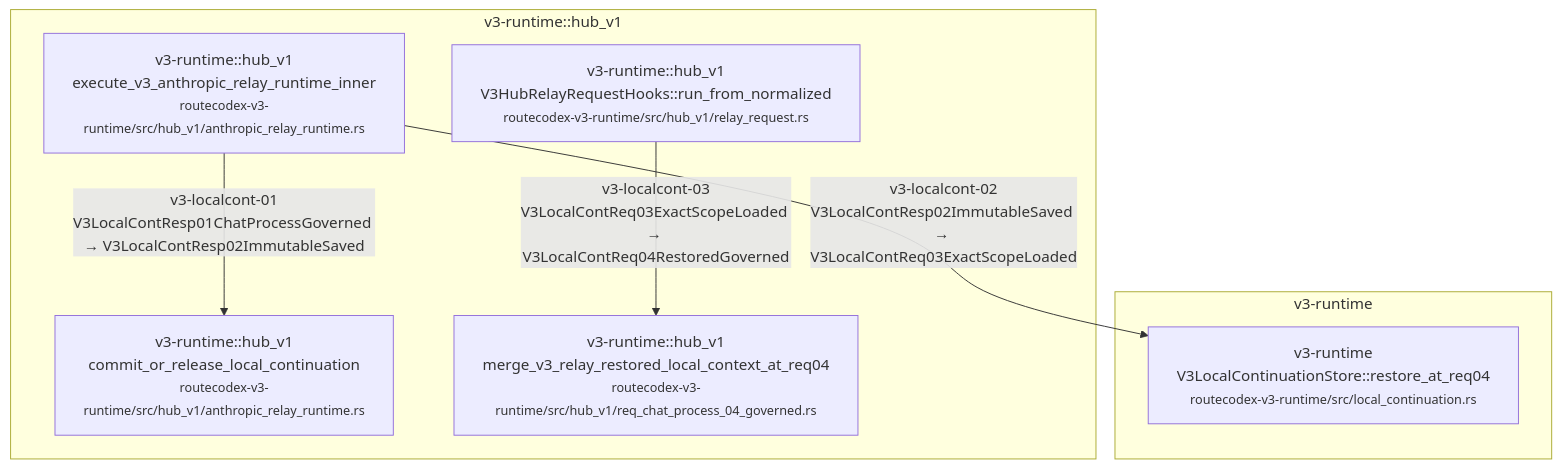
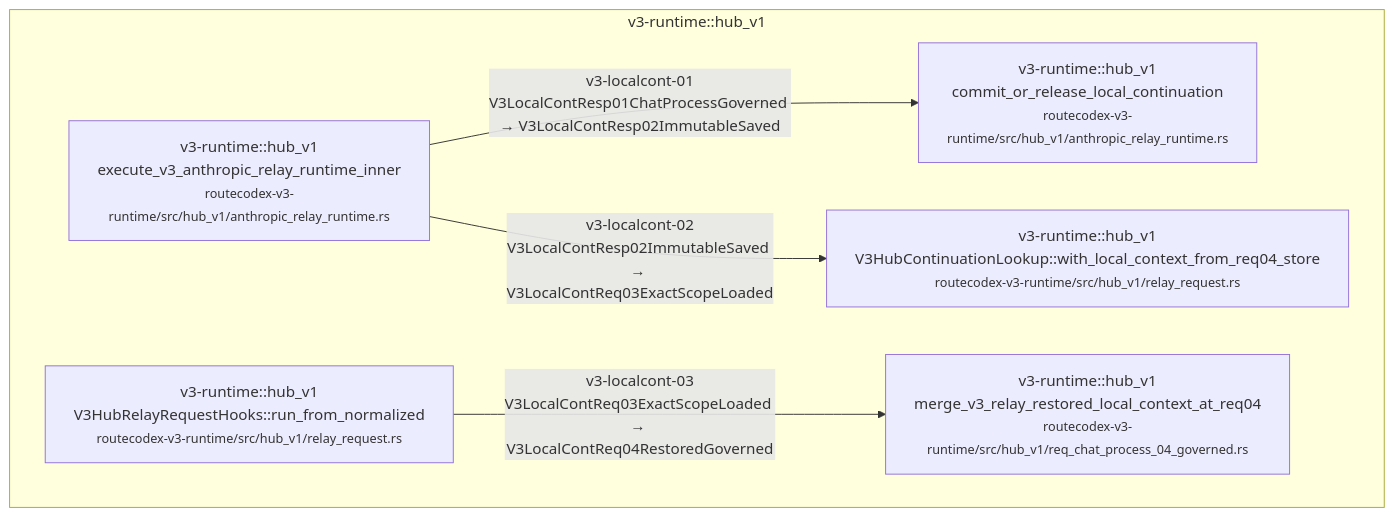
Diagram 23 of 34 in docs/architecture/wiki/v3-mainline-caller-flow.md (Jasonzhangf/routecodex), drawn with Mermaid before and after one commit. The commit also changed other lines of this file and 18 other files, not shown here.

````diff
--- a/docs/architecture/wiki/v3-mainline-caller-flow.md
+++ b/docs/architecture/wiki/v3-mainline-caller-flow.md
@@ -891,15 +889,13 @@
 ```mermaid
 flowchart TD
-  subgraph c_21_v3_anthropic_relay_local_continuation_m_v3_runtime["v3-runtime"]
-    c_21_v3_anthropic_relay_local_continuation_2["v3-runtime<br/>V3LocalContinuationStore::restore_at_req04<br/><small>routecodex-v3-runtime/src/local_continuation.rs</small>"]
-  end
   subgraph c_21_v3_anthropic_relay_local_continuation_m_v3_runtime__hub_v1["v3-runtime::hub_v1"]
     c_21_v3_anthropic_relay_local_continuation_0["v3-runtime::hub_v1<br/>execute_v3_anthropic_relay_runtime_inner<br/><small>routecodex-v3-runtime/src/hub_v1/anthropic_relay_runtime.rs</small>"]
     c_21_v3_anthropic_relay_local_continuation_1["v3-runtime::hub_v1<br/>commit_or_release_local_continuation<br/><small>routecodex-v3-runtime/src/hub_v1/anthropic_relay_runtime.rs</small>"]
+    c_21_v3_anthropic_relay_local_continuation_2["v3-runtime::hub_v1<br/>V3HubContinuationLookup::with_local_context_from_req04_store<br/><small>routecodex-v3-runtime/src/hub_v1/relay_request.rs</small>"]
     c_21_v3_anthropic_relay_local_continuation_3["v3-runtime::hub_v1<br/>V3HubRelayRequestHooks::run_from_normalized<br/><small>routecodex-v3-runtime/src/hub_v1/relay_request.rs</small>"]
     c_21_v3_anthropic_relay_local_continuation_4["v3-runtime::hub_v1<br/>merge_v3_relay_restored_local_context_at_req04<br/><small>routecodex-v3-runtime/src/hub_v1/req_chat_process_04_governed.rs</small>"]
   end
   c_21_v3_anthropic_relay_local_continuation_0 -->|v3-localcont-01<br/>V3LocalContResp01ChatProcessGoverned → V3LocalContResp02ImmutableSaved| c_21_v3_anthropic_relay_local_continuation_1
   c_21_v3_anthropic_relay_local_continuation_0 -->|v3-localcont-02<br/>V3LocalContResp02ImmutableSaved → V3LocalContReq03ExactScopeLoaded| c_21_v3_anthropic_relay_local_continuation_2
   c_21_v3_anthropic_relay_local_continuation_3 -->|v3-localcont-03<br/>V3LocalContReq03ExactScopeLoaded → V3LocalContReq04RestoredGoverned| c_21_v3_anthropic_relay_local_continuation_4
 ```
````
